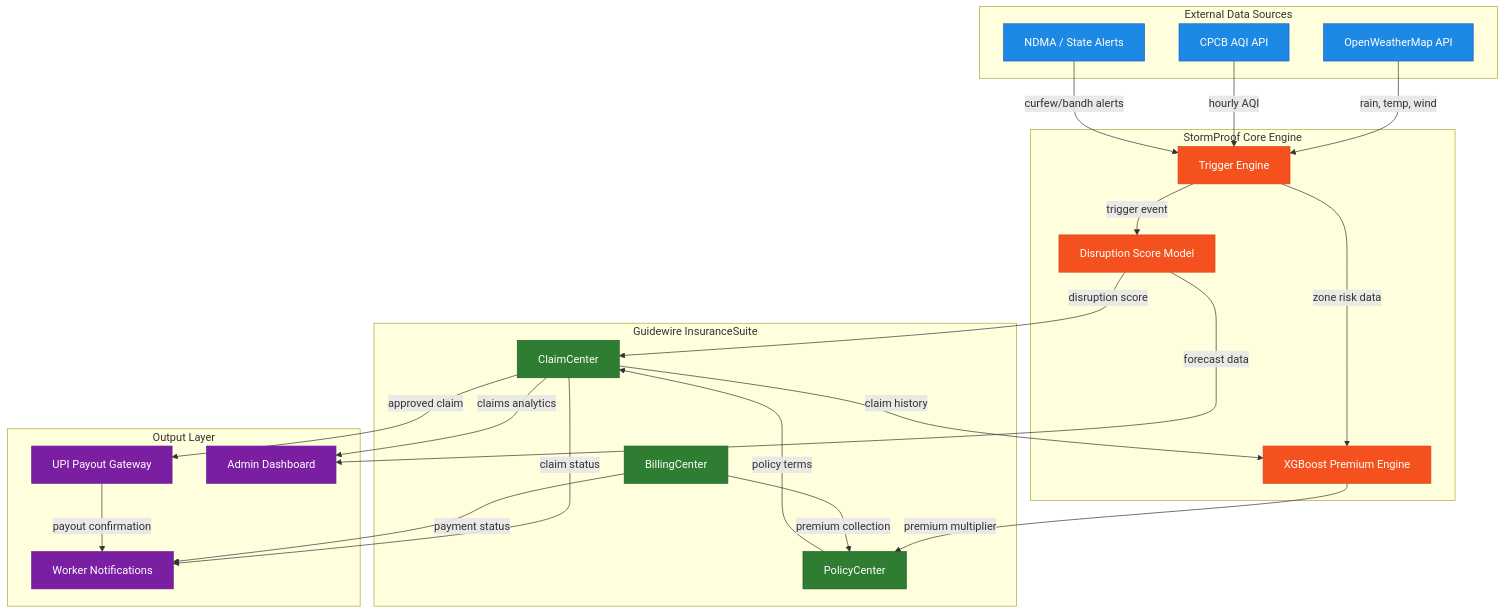
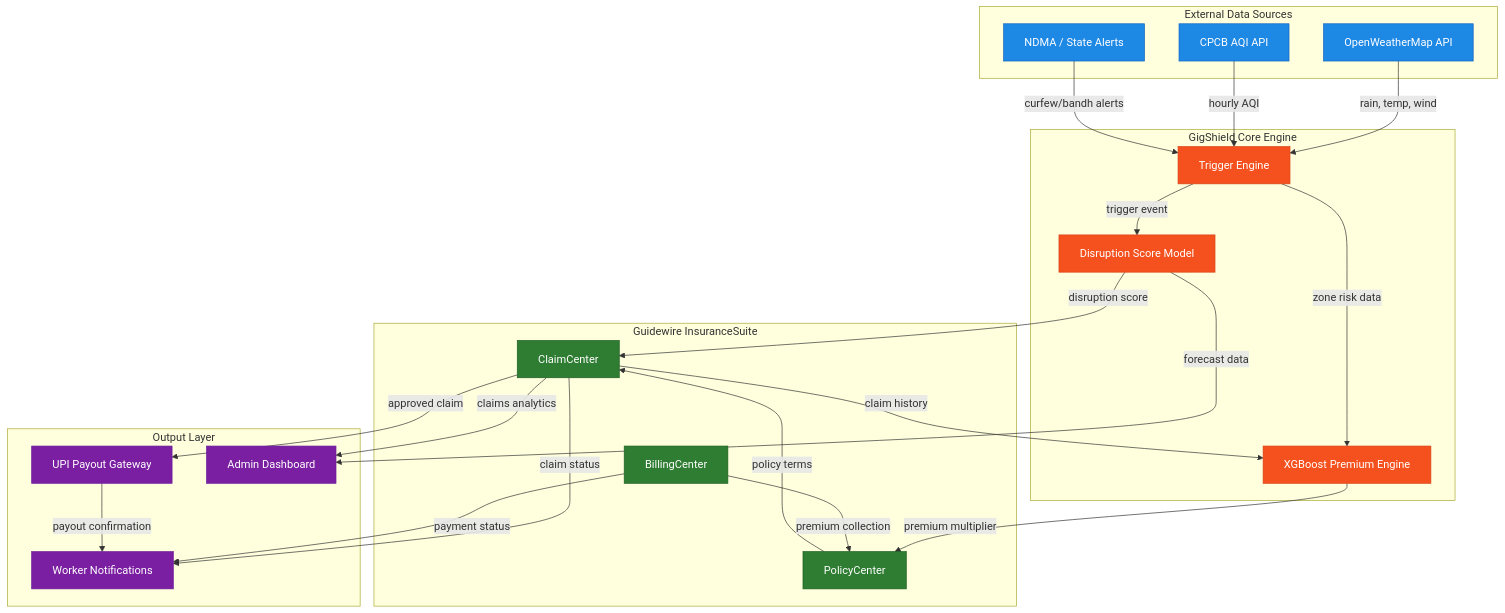
The first of 2 diagrams in README.md (KARTHI3106/GW_DT_Synapse), drawn with Mermaid before and after one commit. The commit also changed other lines of this file, not shown here.

Commit message:
Rename StormProof to GigShield in README

````diff
--- a/README.md
+++ b/README.md
@@ -467,62 +467,62 @@
 ```mermaid
 graph TD
     subgraph External["External Data Sources"]
         OWM["OpenWeatherMap API"]
         CPCB["CPCB AQI API"]
         NDMA["NDMA / State Alerts"]
     end
 
-    subgraph Core["StormProof Core Engine"]
+    subgraph Core["GigShield Core Engine"]
         TE["Trigger Engine"]
         DS["Disruption Score Model"]
         XGB["XGBoost Premium Engine"]
     end
 
     subgraph GW["Guidewire InsuranceSuite"]
         PC["PolicyCenter"]
         CC["ClaimCenter"]
         BC["BillingCenter"]
     end
 
     subgraph Output["Output Layer"]
         UPI["UPI Payout Gateway"]
         NOTIF["Worker Notifications"]
         DASH["Admin Dashboard"]
     end
 
     OWM -->|"rain, temp, wind"| TE
     CPCB -->|"hourly AQI"| TE
     NDMA -->|"curfew/bandh alerts"| TE
 
     TE -->|"trigger event"| DS
     DS -->|"disruption score"| CC
     XGB -->|"premium multiplier"| PC
 
     PC -->|"policy terms"| CC
     CC -->|"approved claim"| UPI
     CC -->|"claim status"| NOTIF
     BC -->|"premium collection"| PC
     BC -->|"payment status"| NOTIF
 
     TE -->|"zone risk data"| XGB
     CC -->|"claim history"| XGB
     DS -->|"forecast data"| DASH
     CC -->|"claims analytics"| DASH
     UPI -->|"payout confirmation"| NOTIF
 
     style OWM fill:#1e88e5,stroke:#1565c0,color:#fff
     style CPCB fill:#1e88e5,stroke:#1565c0,color:#fff
     style NDMA fill:#1e88e5,stroke:#1565c0,color:#fff
 
     style TE fill:#f4511e,stroke:#d84315,color:#fff
     style DS fill:#f4511e,stroke:#d84315,color:#fff
     style XGB fill:#f4511e,stroke:#d84315,color:#fff
 
     style PC fill:#2e7d32,stroke:#1b5e20,color:#fff
     style CC fill:#2e7d32,stroke:#1b5e20,color:#fff
     style BC fill:#2e7d32,stroke:#1b5e20,color:#fff
 
     style UPI fill:#7b1fa2,stroke:#6a1b9a,color:#fff
     style NOTIF fill:#7b1fa2,stroke:#6a1b9a,color:#fff
     style DASH fill:#7b1fa2,stroke:#6a1b9a,color:#fff
 ```
````
